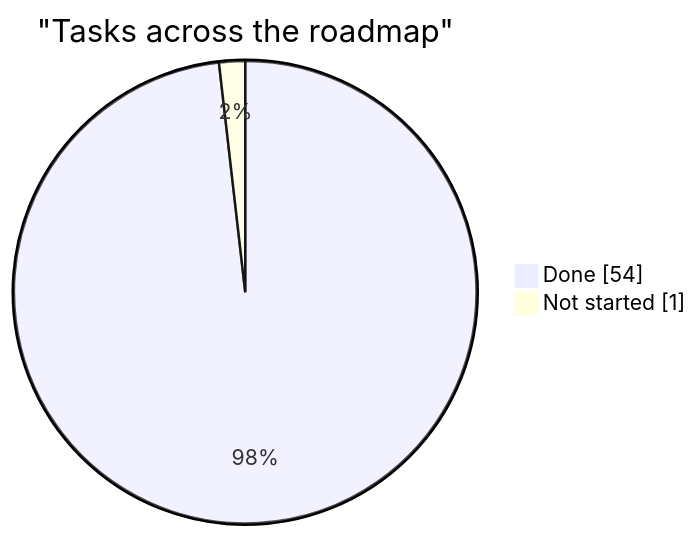
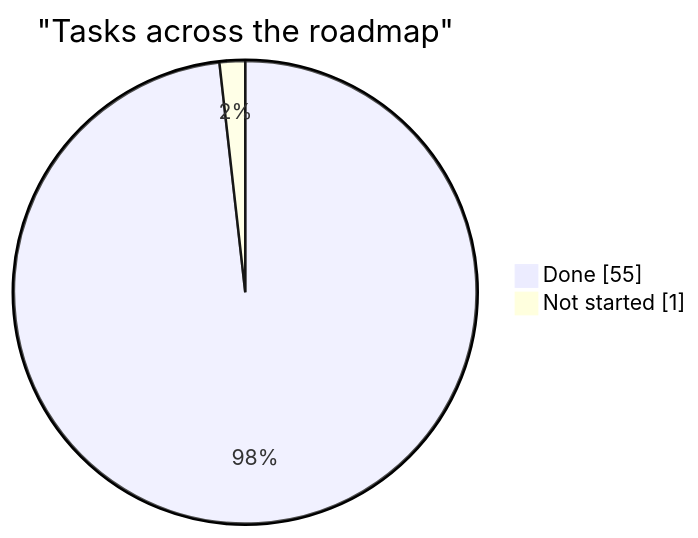
One commit to AdamClemens/PyFlow changed the diagram in docs/planning/status.md. Above: the diagram before and after it, drawn with Mermaid. The commit also changed other lines of this file and 5 other files, not shown here.

````diff
--- a/docs/planning/status.md
+++ b/docs/planning/status.md
@@ -23,6 +23,6 @@
 ```mermaid
 pie showData
     title "Tasks across the roadmap"
-    "Done" : 54
+    "Done" : 55
     "Not started" : 1
 ```
````
